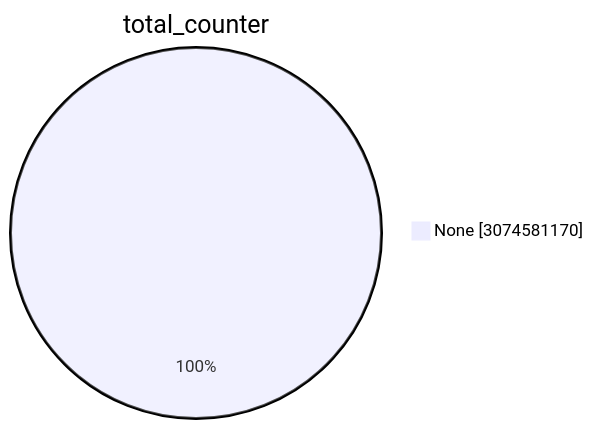
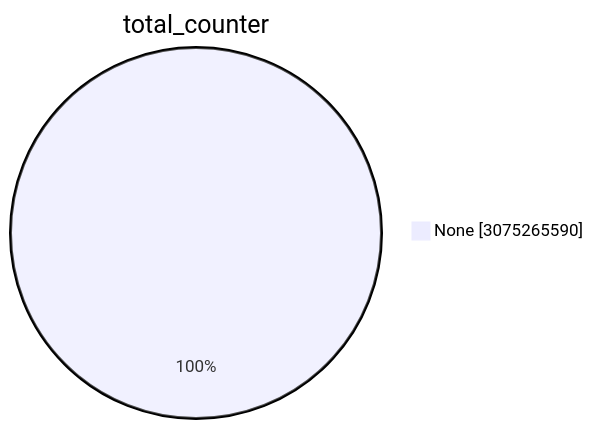
One commit to christiankrug/ctmonitor_visualization changed the first of 15 diagrams in TOTAL/README.md. Above: the diagram before and after it, drawn with Mermaid. The commit also changed other lines of this file, not shown here.

````diff
--- a/TOTAL/README.md
+++ b/TOTAL/README.md
@@ -1,5 +1,5 @@
 ```mermaid
 pie showData
 title total_counter
-"None" :3074581170
+"None" :3075265590
 ```
````
